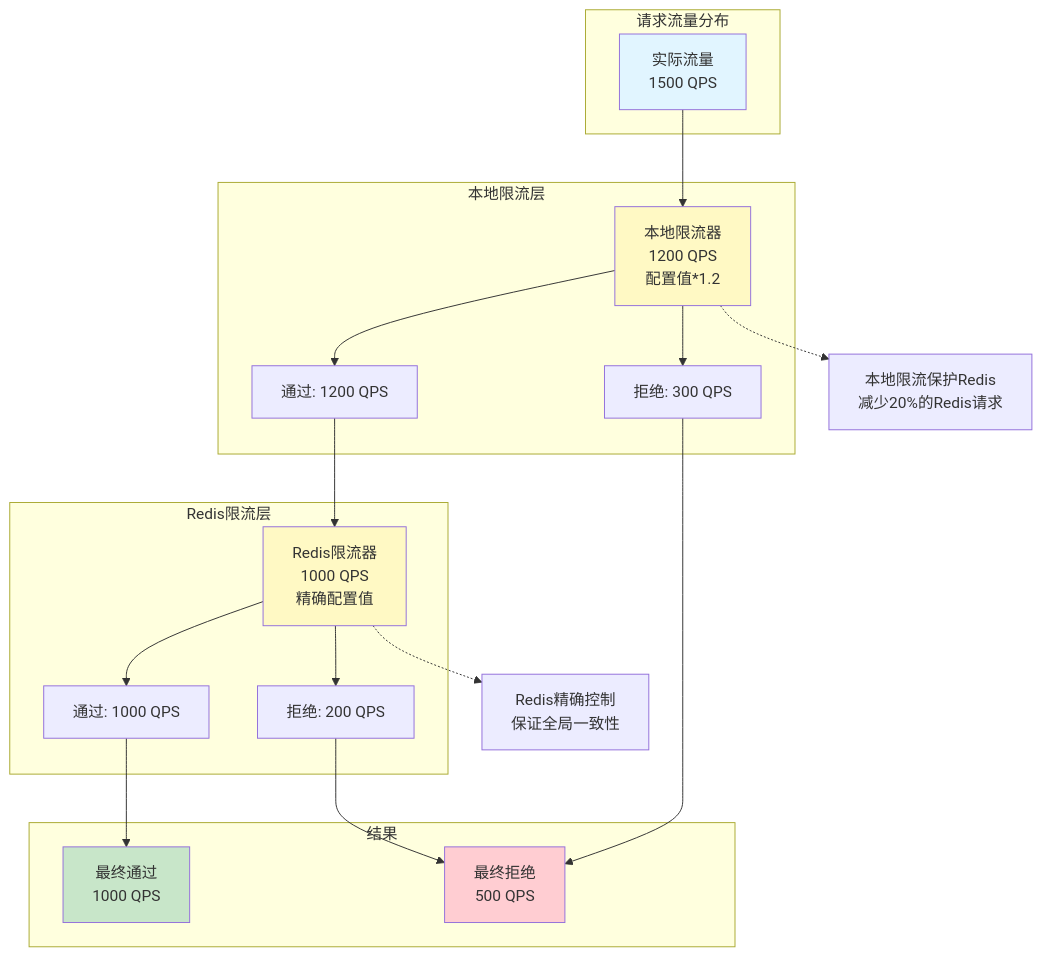
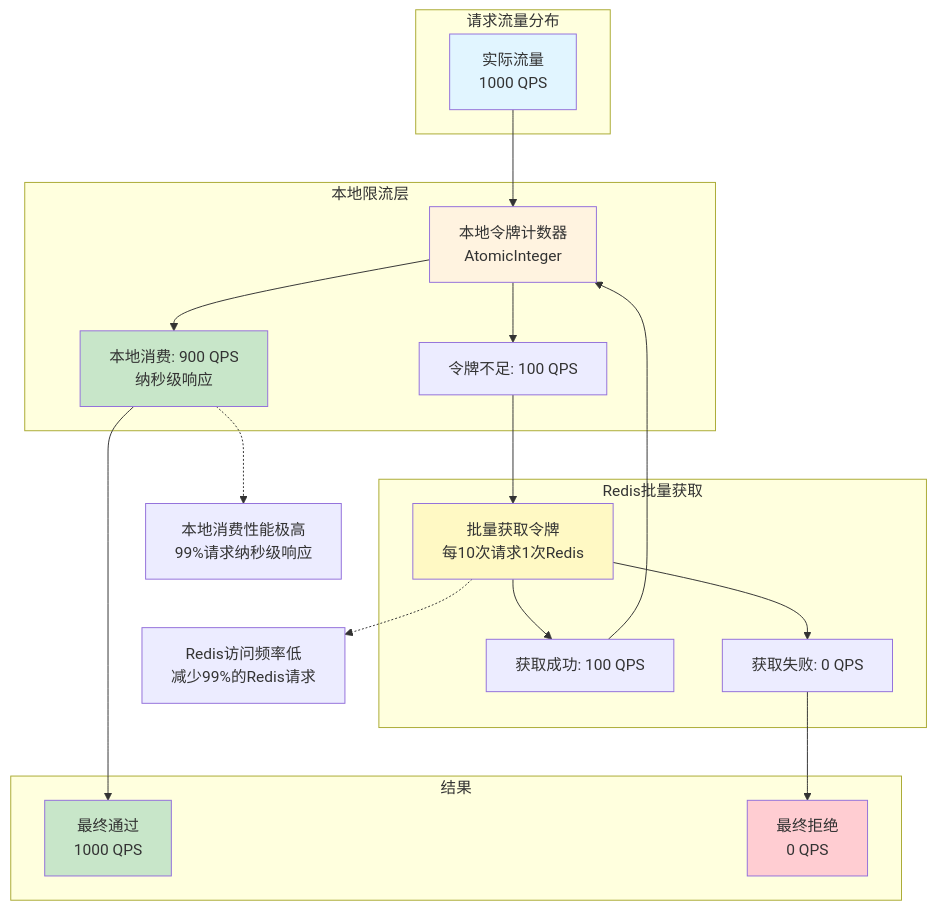
One commit to 1973034392/api-gateway-codelong changed diagram 12 of 13 in docs/项目文档/核心服务/10.3 分布式限流器-流程图与架构图.md. Above: the diagram before and after it, drawn with Mermaid. The commit also changed other lines of this file and 12 other files, not shown here.

````diff
--- a/docs/项目文档/核心服务/10.3 分布式限流器-流程图与架构图.md
+++ b/docs/项目文档/核心服务/10.3 分布式限流器-流程图与架构图.md
@@ -337,47 +427,48 @@
 ```mermaid
 graph TB
     subgraph "请求流量分布"
-        Traffic[实际流量<br/>1500 QPS]
+        Traffic[实际流量<br/>1000 QPS]
     end
 
     subgraph "本地限流层"
-        LocalLimiter[本地限流器<br/>1200 QPS<br/>配置值*1.2]
-        LocalPass[通过: 1200 QPS]
-        LocalReject[拒绝: 300 QPS]
+        LocalCounter[本地令牌计数器<br/>AtomicInteger]
+        LocalPass[本地消费: 900 QPS<br/>纳秒级响应]
+        LocalEmpty[令牌不足: 100 QPS]
     end
 
-    subgraph "Redis限流层"
-        RedisLimiter[Redis限流器<br/>1000 QPS<br/>精确配置值]
-        RedisPass[通过: 1000 QPS]
-        RedisReject[拒绝: 200 QPS]
+    subgraph "Redis批量获取"
+        BatchGet[批量获取令牌<br/>每10次请求1次Redis]
+        BatchPass[获取成功: 100 QPS]
+        BatchReject[获取失败: 0 QPS]
     end
 
     subgraph "结果"
         FinalPass[最终通过<br/>1000 QPS]
-        FinalReject[最终拒绝<br/>500 QPS]
+        FinalReject[最终拒绝<br/>0 QPS]
     end
 
-    Traffic --> LocalLimiter
-    LocalLimiter --> LocalPass
-    LocalLimiter --> LocalReject
+    Traffic --> LocalCounter
+    LocalCounter --> LocalPass
+    LocalCounter --> LocalEmpty
 
-    LocalPass --> RedisLimiter
-    RedisLimiter --> RedisPass
-    RedisLimiter --> RedisReject
+    LocalPass --> FinalPass
+    LocalEmpty --> BatchGet
+    BatchGet --> BatchPass
+    BatchGet --> BatchReject
 
-    RedisPass --> FinalPass
-    LocalReject --> FinalReject
-    RedisReject --> FinalReject
+    BatchPass --> LocalCounter
+    BatchReject --> FinalReject
 
     style Traffic fill:#e1f5ff
-    style LocalLimiter fill:#fff9c4
-    style RedisLimiter fill:#fff9c4
+    style LocalCounter fill:#fff3e0
+    style LocalPass fill:#c8e6c9
+    style BatchGet fill:#fff9c4
     style FinalPass fill:#c8e6c9
     style FinalReject fill:#ffcdd2
 
-    Note1[本地限流保护Redis<br/>减少20%的Redis请求]
-    Note2[Redis精确控制<br/>保证全局一致性]
+    Note1["本地消费性能极高<br/>99%请求纳秒级响应"]
+    Note2["Redis访问频率低<br/>减少99%的Redis请求"]
 
-    LocalLimiter -.-> Note1
-    RedisLimiter -.-> Note2
+    LocalPass -.-> Note1
+    BatchGet -.-> Note2
 ```
````
